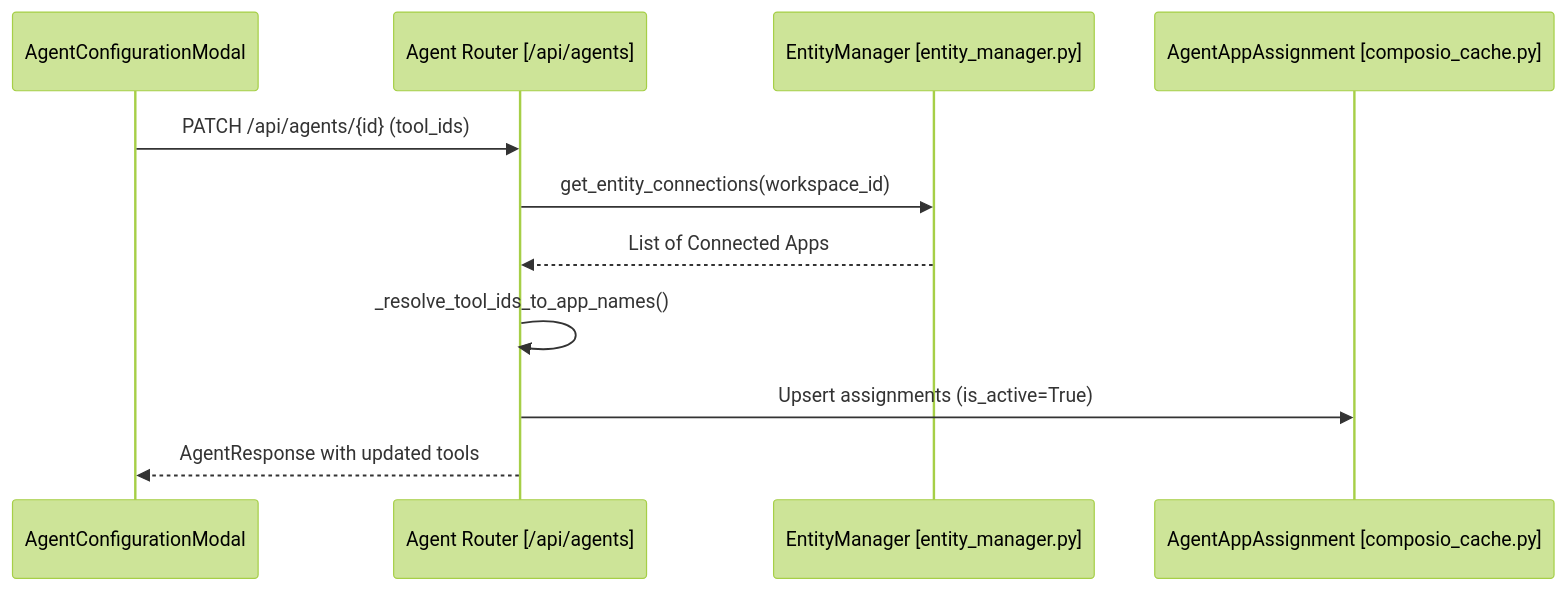
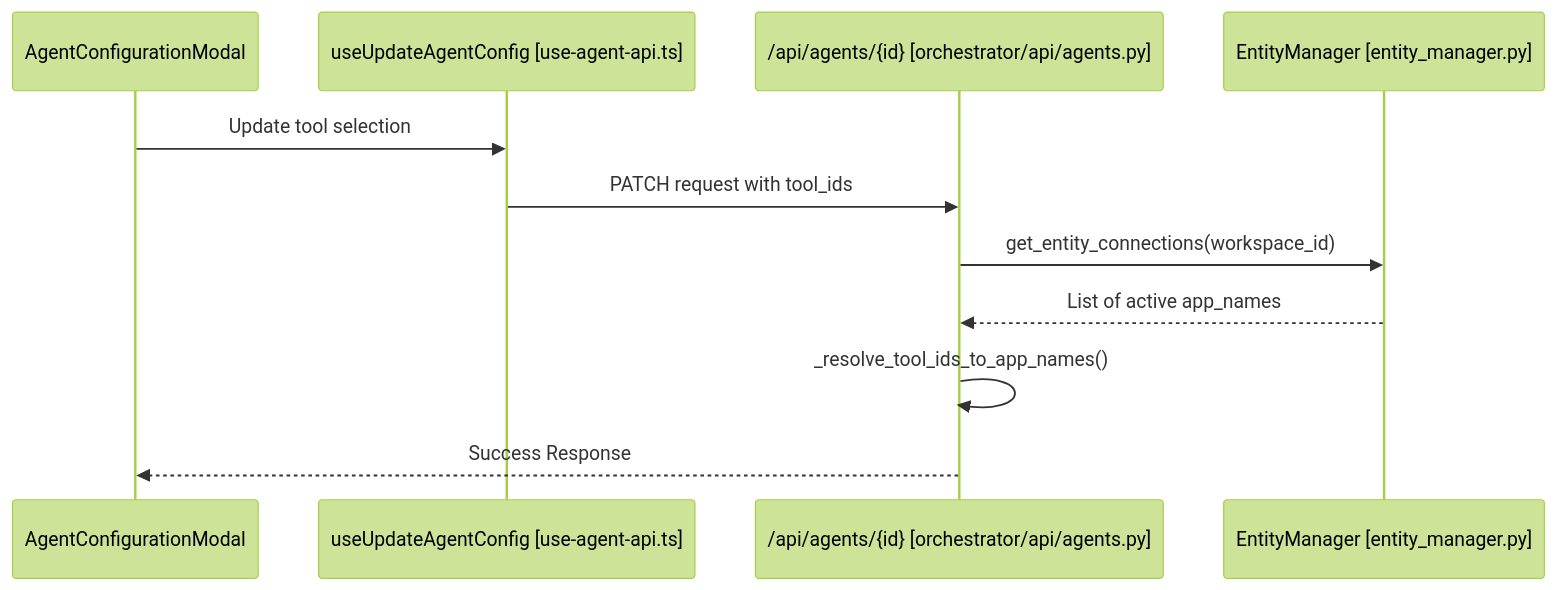
Before and after one commit to AutomatosAI/automatos-ai: the third of 3 diagrams in docs/agents/agent-configuration.md, drawn with Mermaid (forest theme). The commit also changed other lines of this file and 191 other files, not shown here.

````diff
--- a/docs/agents/agent-configuration.md
+++ b/docs/agents/agent-configuration.md
@@ -111,14 +144,14 @@
 ```mermaid
 sequenceDiagram
     participant UI as AgentConfigurationModal
-    participant API as Agent Router [/api/agents]
+    participant Hook as useUpdateAgentConfig [use-agent-api.ts]
+    participant API as /api/agents/{id} [orchestrator/api/agents.py]
     participant EM as EntityManager [entity_manager.py]
-    participant DB as AgentAppAssignment [composio_cache.py]
 
-    UI->>API: PATCH /api/agents/{id} (tool_ids)
+    UI->>Hook: Update tool selection
+    Hook->>API: PATCH request with tool_ids
     API->>EM: get_entity_connections(workspace_id)
-    EM-->>API: List of Connected Apps
+    EM-->>API: List of active app_names
     API->>API: _resolve_tool_ids_to_app_names()
-    API->>DB: Upsert assignments (is_active=True)
-    API-->>UI: AgentResponse with updated tools
+    API-->>UI: Success Response
 ```
````
